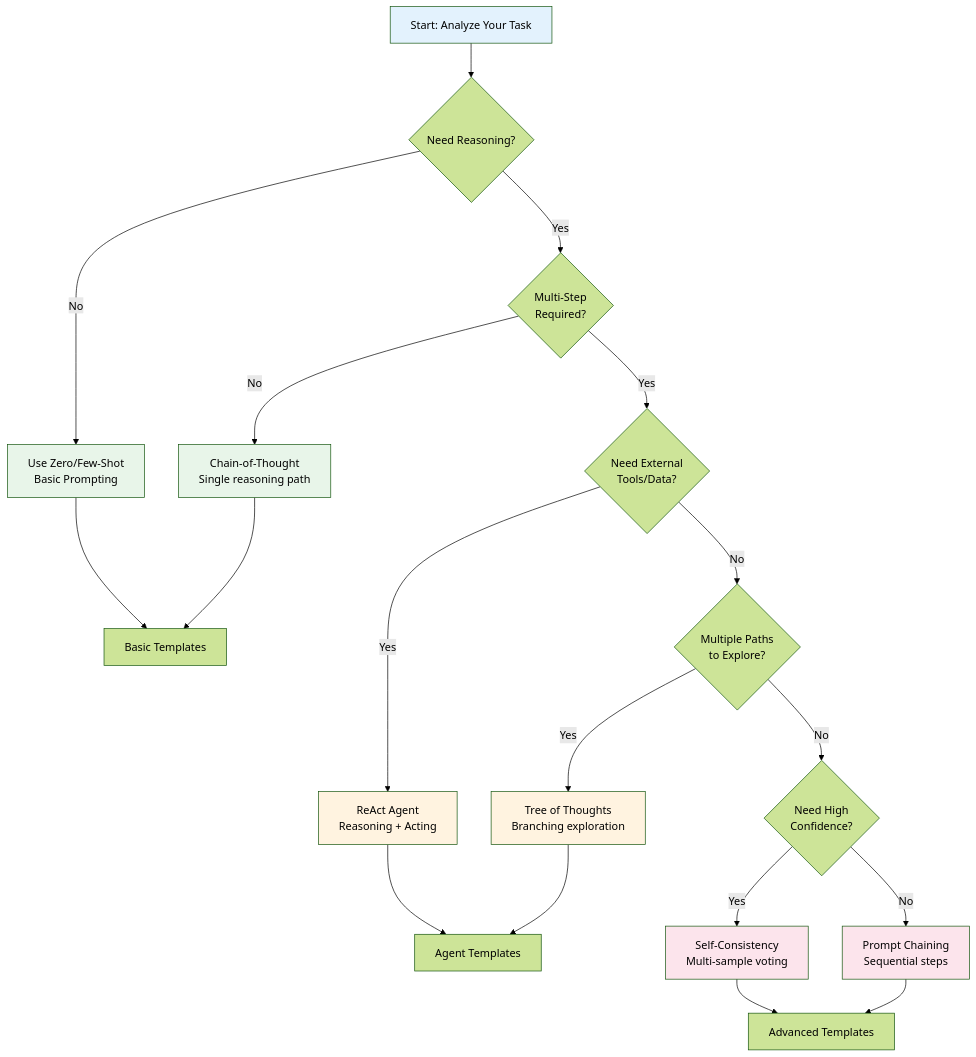
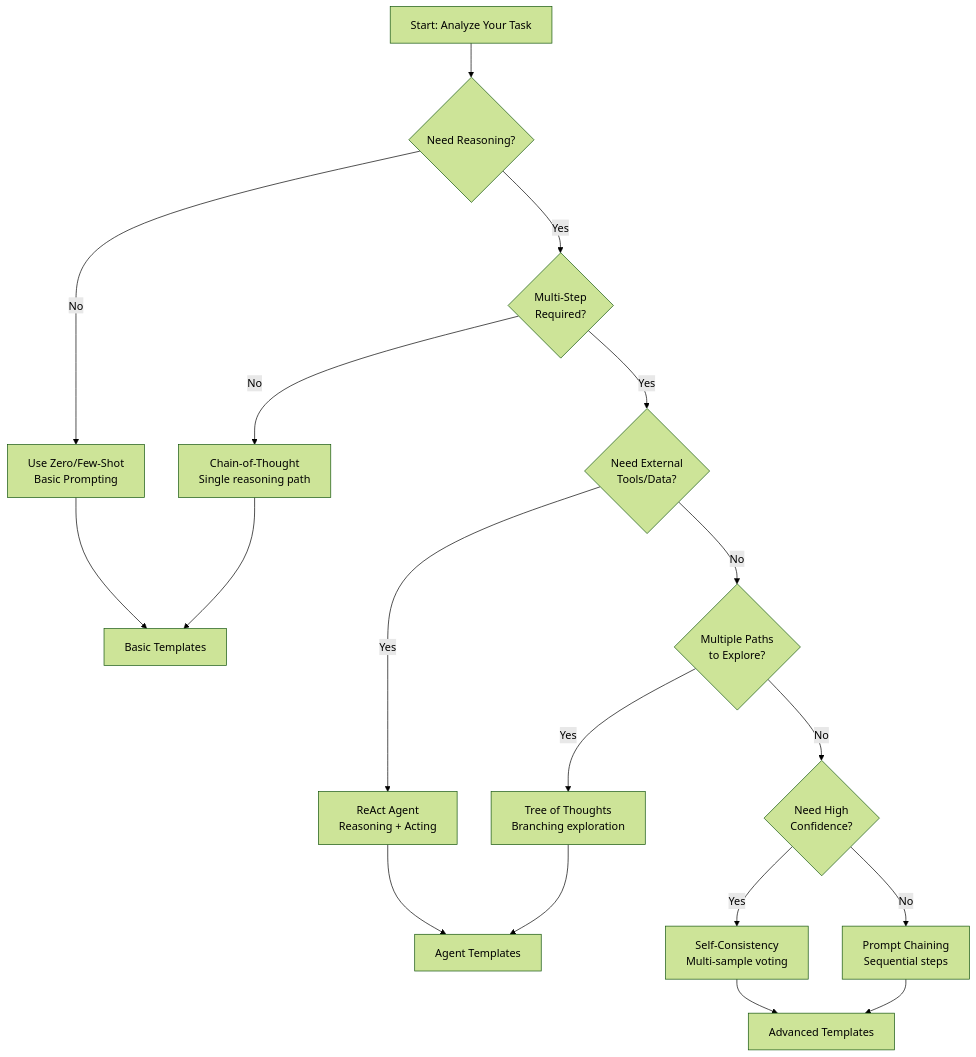
One commit to yuexiaoliang/prompt-engineering-learning changed the fifth of 5 diagrams in 03-reasoning-en.md. Above: the diagram before and after it, drawn with Mermaid (forest theme). The commit also changed other lines of this file and 3 other files, not shown here.

First line of the commit message:
fix(prompt-engineering): remove remaining hardcoded mermaid fill styles

````diff
--- a/03-reasoning-en.md
+++ b/03-reasoning-en.md
@@ -483,34 +472,27 @@
 ```mermaid
 flowchart TD
     A[Start: Analyze Your Task] --> B{Need Reasoning?}
 
     B -->|No| C[Use Zero/Few-Shot<br/>Basic Prompting]
     B -->|Yes| D{Multi-Step<br/>Required?}
 
     D -->|No| E[Chain-of-Thought<br/>Single reasoning path]
     D -->|Yes| F{Need External<br/>Tools/Data?}
 
     F -->|Yes| G[ReAct Agent<br/>Reasoning + Acting]
     F -->|No| H{Multiple Paths<br/>to Explore?}
 
     H -->|Yes| I[Tree of Thoughts<br/>Branching exploration]
     H -->|No| J{Need High<br/>Confidence?}
 
     J -->|Yes| K[Self-Consistency<br/>Multi-sample voting]
     J -->|No| L[Prompt Chaining<br/>Sequential steps]
 
     C --> M[Basic Templates]
     E --> M
     G --> N[Agent Templates]
     I --> N
     K --> O[Advanced Templates]
     L --> O
 
-    style A fill:#e3f2fd
-    style C fill:#e8f5e9
-    style E fill:#e8f5e9
-    style G fill:#fff3e0
-    style I fill:#fff3e0
-    style K fill:#fce4ec
-    style L fill:#fce4ec
 ```
````
